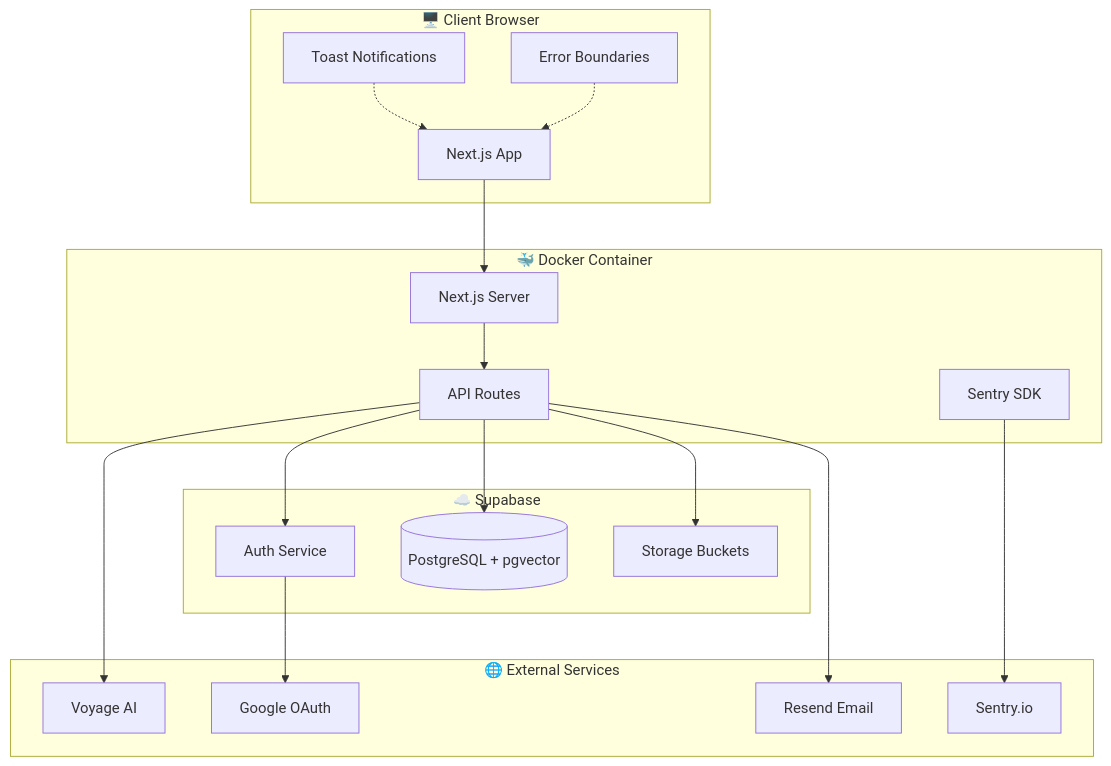
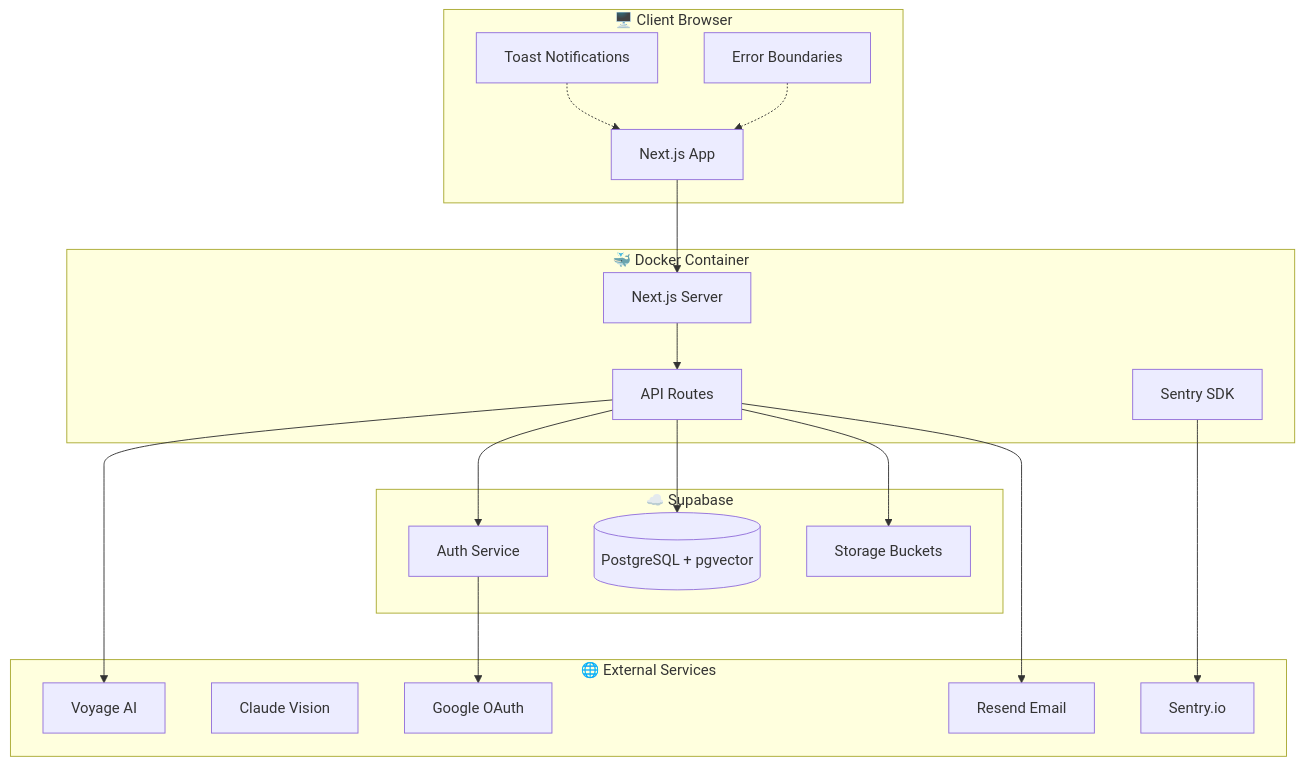
The first of 3 diagrams in README.md (mbuckingham74/quilting-patterns-viewer), drawn with Mermaid before and after one commit. The commit also changed other lines of this file, not shown here.

````diff
--- a/README.md
+++ b/README.md
@@ -98,40 +108,41 @@
 ```mermaid
 flowchart TB
     subgraph Client["🖥️ Client Browser"]
         UI[Next.js App]
         Toast[Toast Notifications]
         EB[Error Boundaries]
     end
 
     subgraph Server["🐳 Docker Container"]
         Next[Next.js Server]
         API[API Routes]
         Sentry[Sentry SDK]
     end
 
     subgraph Supabase["☁️ Supabase"]
         Auth[Auth Service]
         DB[(PostgreSQL + pgvector)]
         Storage[Storage Buckets]
     end
 
     subgraph External["🌐 External Services"]
         Voyage[Voyage AI]
+        Claude[Claude Vision]
         Google[Google OAuth]
         Resend[Resend Email]
         SentryCloud[Sentry.io]
     end
 
     UI --> Next
     Next --> API
     API --> Auth
     API --> DB
     API --> Storage
     API --> Voyage
     Auth --> Google
     API --> Resend
     Sentry --> SentryCloud
 
     Toast -.-> UI
     EB -.-> UI
 ```
````
